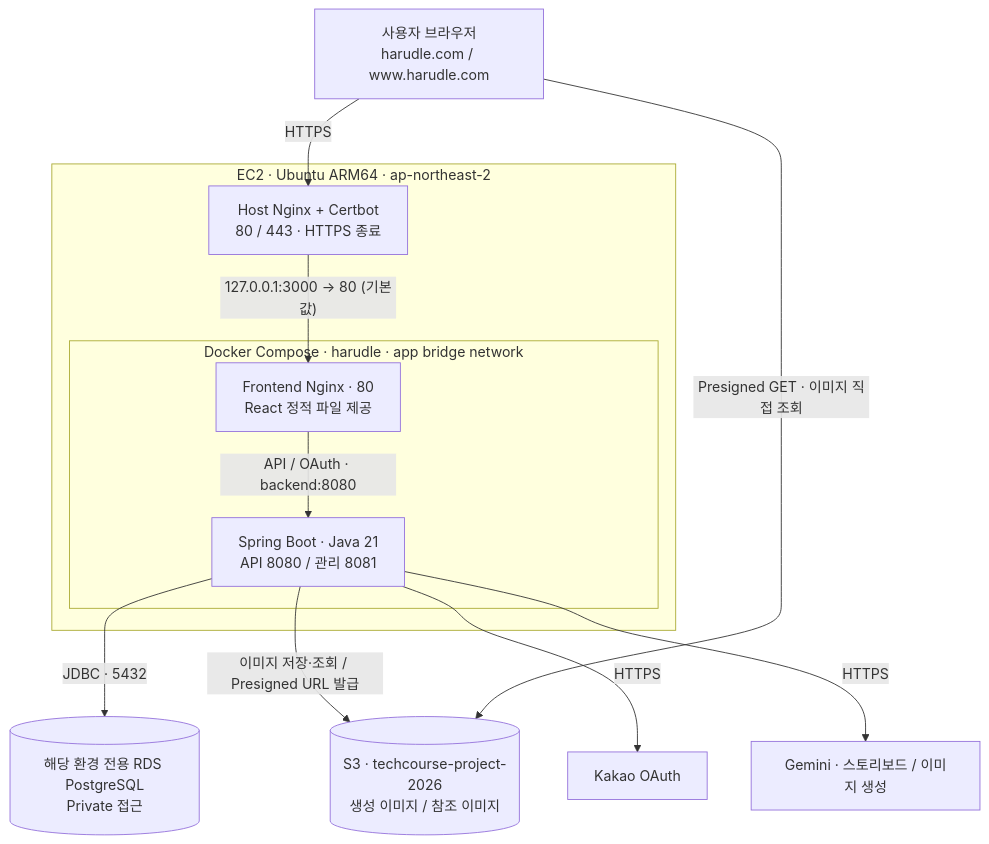
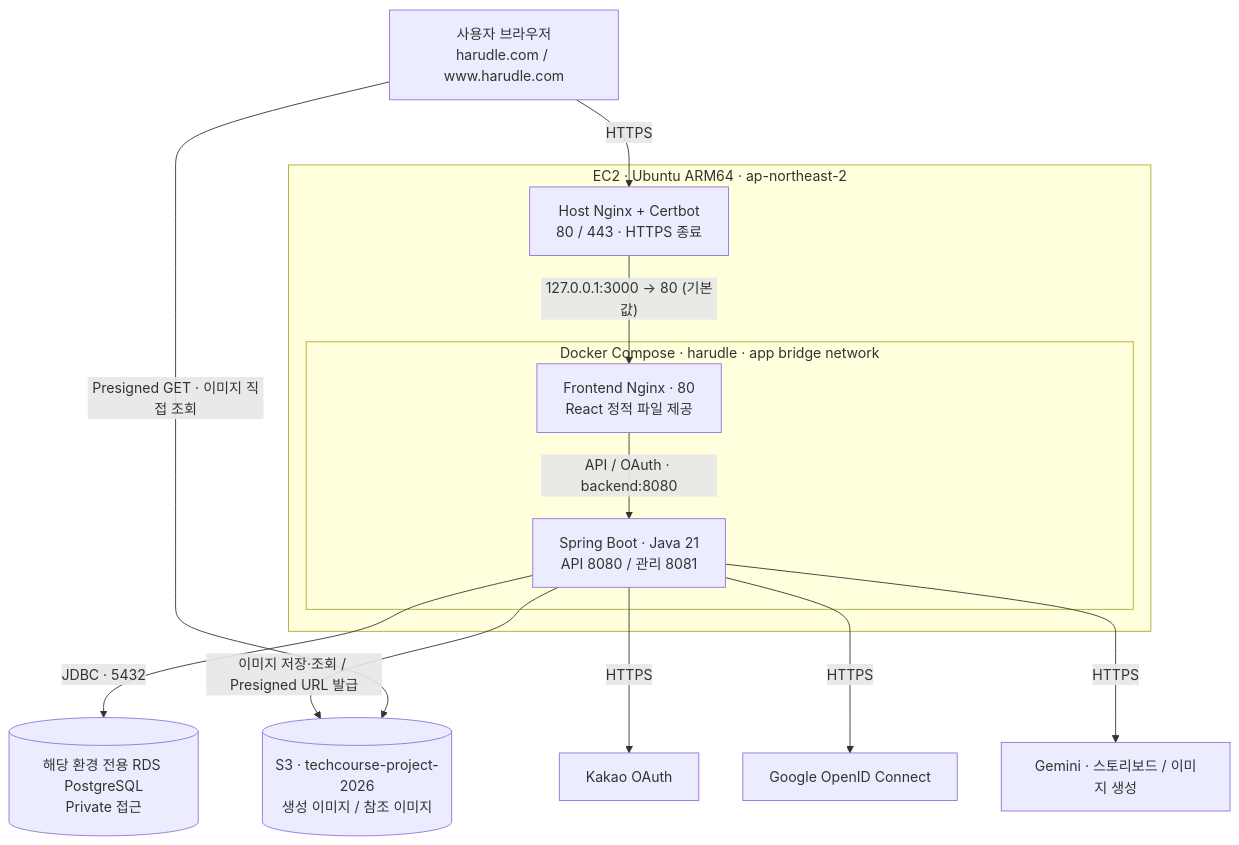
The first of 2 diagrams in AGENTS.md (woowacourse-teams/2026-Harudle), drawn with Mermaid before and after one commit. The commit also changed other lines of this file and 8 other files, not shown here.

````diff
--- a/AGENTS.md
+++ b/AGENTS.md
@@ -9,28 +9,30 @@
 ```mermaid
 flowchart TB
     browser["사용자 브라우저<br/>harudle.com / www.harudle.com"]
 
     subgraph ec2["EC2 · Ubuntu ARM64 · ap-northeast-2"]
         host["Host Nginx + Certbot<br/>80 / 443 · HTTPS 종료"]
 
         subgraph docker["Docker Compose · harudle · app bridge network"]
             frontend["Frontend Nginx · 80<br/>React 정적 파일 제공"]
             backend["Spring Boot · Java 21<br/>API 8080 / 관리 8081"]
         end
 
         host -->|"127.0.0.1:3000 → 80 (기본값)"| frontend
         frontend -->|"API / OAuth · backend:8080"| backend
     end
 
     rds[("해당 환경 전용 RDS PostgreSQL<br/>Private 접근")]
     s3[("S3 · techcourse-project-2026<br/>생성 이미지 / 참조 이미지")]
     kakao["Kakao OAuth"]
+    google["Google OpenID Connect"]
     gemini["Gemini · 스토리보드 / 이미지 생성"]
 
     browser -->|"HTTPS"| host
     backend -->|"JDBC · 5432"| rds
     backend -->|"이미지 저장·조회 / Presigned URL 발급"| s3
     browser -->|"Presigned GET · 이미지 직접 조회"| s3
     backend -->|"HTTPS"| kakao
+    backend -->|"HTTPS"| google
     backend -->|"HTTPS"| gemini
 ```
````
